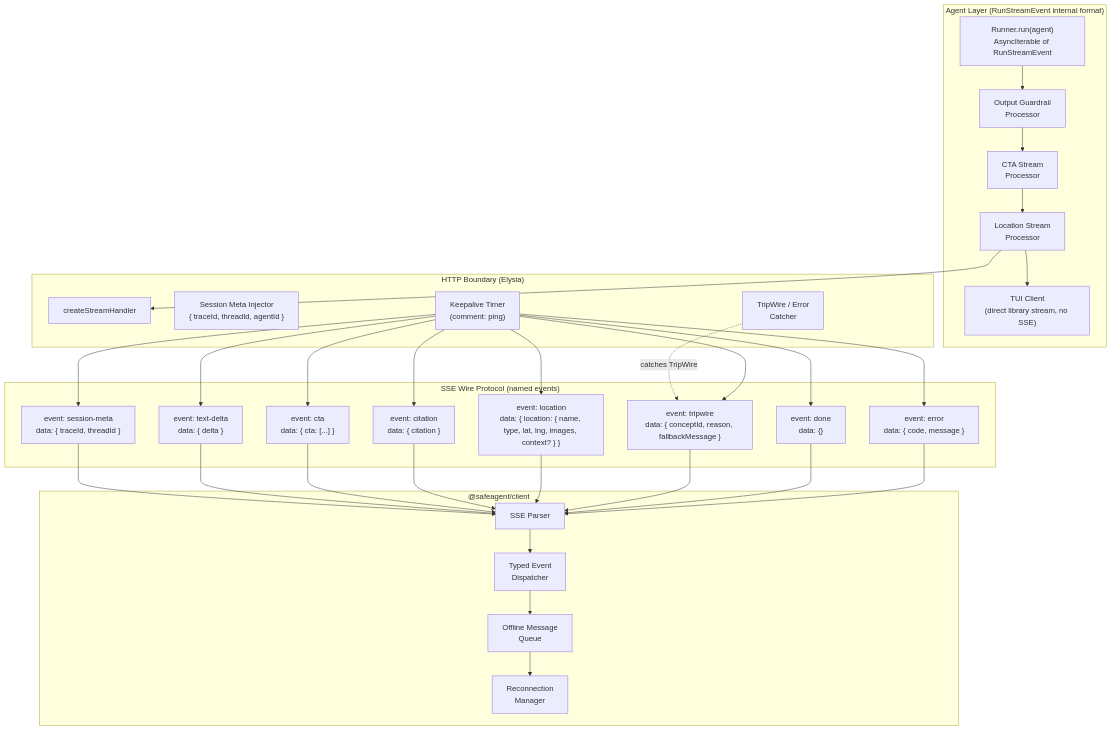
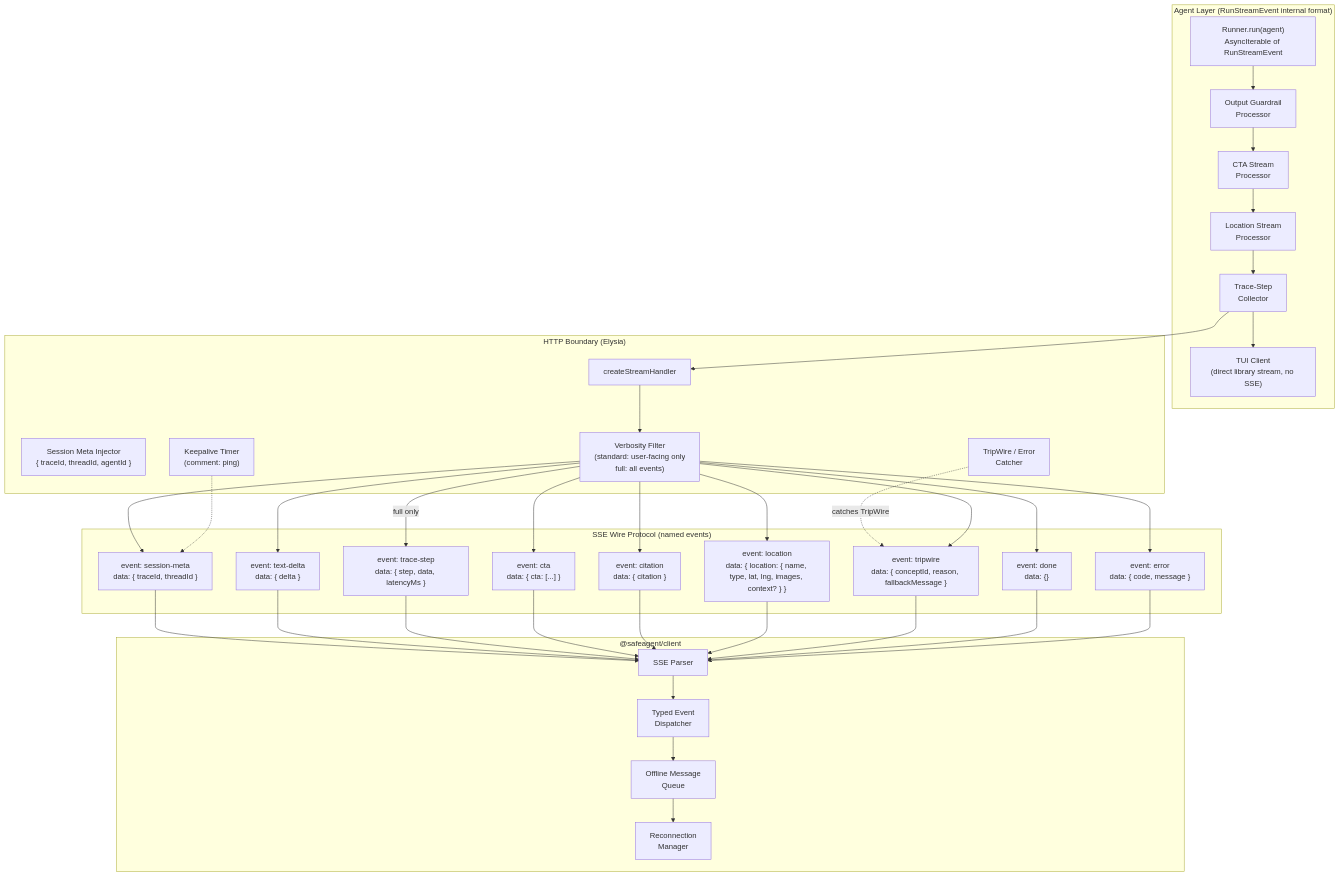
One commit to 1qh/safeagent changed the first of 27 diagrams in plan/11-transport.md. Above: the diagram before and after it, drawn with Mermaid. The commit also changed other lines of this file, not shown here.

Commit message:
plan: add trace-step SSE events, verbosity levels, and updated event reference to transport

````diff
--- a/plan/11-transport.md
+++ b/plan/11-transport.md
@@ -27,44 +29,50 @@
 ```mermaid
 graph TB
     subgraph AGENT_LAYER["Agent Layer (RunStreamEvent internal format)"]
         AGENT["Runner.run(agent)\nAsyncIterable of RunStreamEvent"]
         GUARD_PROC["Output Guardrail\nProcessor"]
         CTA_PROC["CTA Stream\nProcessor"]
         LOC_PROC["Location Stream\nProcessor"]
+        TRACE_COLLECT["Trace-Step\nCollector"]
         TUI["TUI Client\n(direct library stream, no SSE)"]
     end
 
     subgraph HTTP_BOUNDARY["HTTP Boundary (Elysia)"]
         HANDLER["createStreamHandler"]
         META_INJECT["Session Meta Injector\n{ traceId, threadId, agentId }"]
+        VERBOSITY_FILTER["Verbosity Filter\n(standard: user-facing only\nfull: all events)"]
         KEEPALIVE["Keepalive Timer\n(comment: ping)"]
         ERR_CATCH["TripWire / Error\nCatcher"]
     end
 
     subgraph SSE_WIRE["SSE Wire Protocol (named events)"]
         EVT_META["event: session-meta\ndata: { traceId, threadId }"]
         EVT_TEXT["event: text-delta\ndata: { delta }"]
+        EVT_TRACE["event: trace-step\ndata: { step, data, latencyMs }"]
         EVT_CTA["event: cta\ndata: { cta: [...] }"]
         EVT_CIT["event: citation\ndata: { citation }"]
         EVT_LOC["event: location\ndata: { location: { name, type, lat, lng, images, context? } }"]
         EVT_TRIP["event: tripwire\ndata: { conceptId, reason, fallbackMessage }"]
         EVT_DONE["event: done\ndata: {}"]
         EVT_ERR["event: error\ndata: { code, message }"]
     end
 
     subgraph CLIENT_SDK["@safeagent/client"]
         PARSER["SSE Parser"]
         TYPED["Typed Event\nDispatcher"]
         QUEUE["Offline Message\nQueue"]
         RECONNECT["Reconnection\nManager"]
     end
 
-    AGENT --> GUARD_PROC --> CTA_PROC --> LOC_PROC
-    LOC_PROC --> TUI
-    LOC_PROC --> HANDLER
+    AGENT --> GUARD_PROC --> CTA_PROC --> LOC_PROC --> TRACE_COLLECT
+    TRACE_COLLECT --> TUI
+    TRACE_COLLECT --> HANDLER
+    HANDLER --> VERBOSITY_FILTER
     ERR_CATCH -.->|"catches TripWire"| EVT_TRIP
-    KEEPALIVE --> EVT_META & EVT_TEXT & EVT_CTA & EVT_CIT & EVT_LOC & EVT_TRIP & EVT_DONE & EVT_ERR
-    EVT_META & EVT_TEXT & EVT_CTA & EVT_CIT & EVT_LOC & EVT_TRIP & EVT_DONE & EVT_ERR --> PARSER
+    VERBOSITY_FILTER --> EVT_META & EVT_TEXT & EVT_CTA & EVT_CIT & EVT_LOC & EVT_TRIP & EVT_DONE & EVT_ERR
+    VERBOSITY_FILTER -->|"full only"| EVT_TRACE
+    KEEPALIVE -.-> EVT_META
+    EVT_META & EVT_TEXT & EVT_TRACE & EVT_CTA & EVT_CIT & EVT_LOC & EVT_TRIP & EVT_DONE & EVT_ERR --> PARSER
     PARSER --> TYPED --> QUEUE
     QUEUE --> RECONNECT
 ```
````
